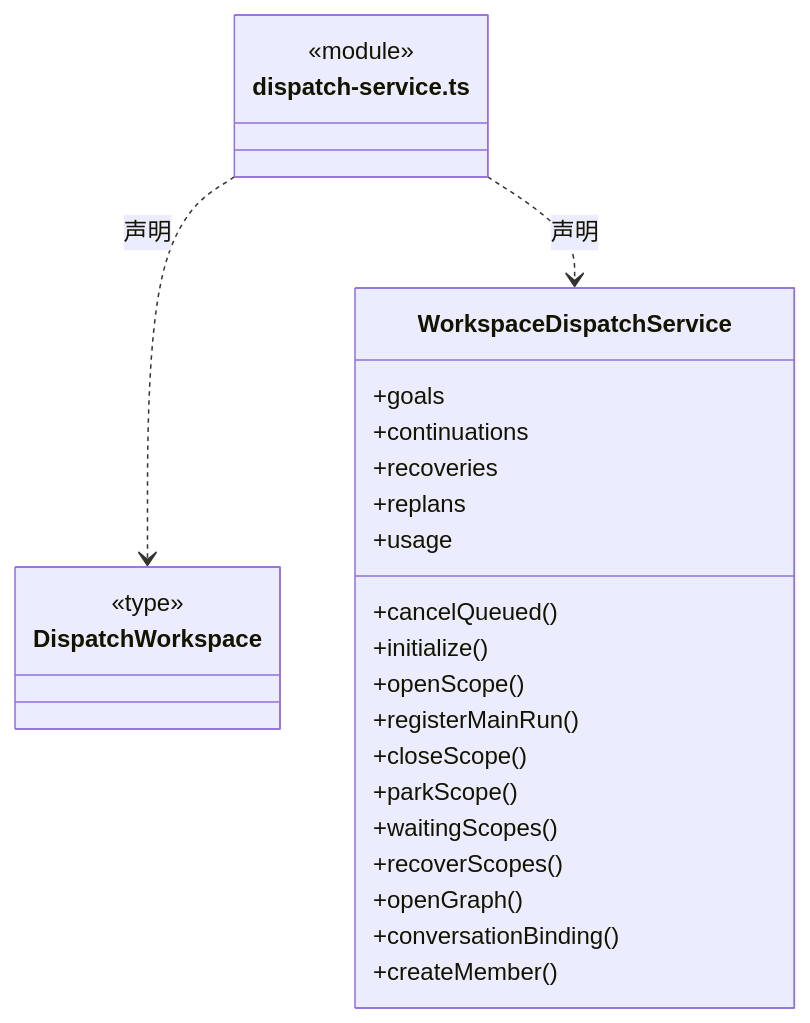
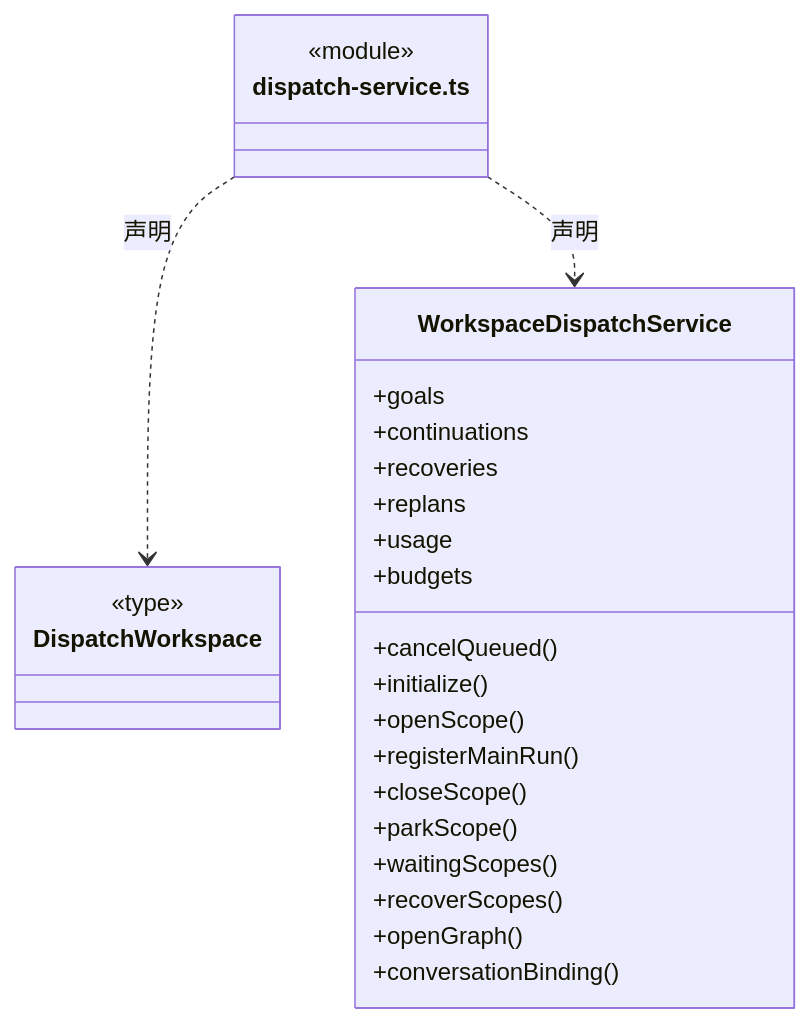
The sixth of 48 diagrams in src/backend/scheduler-engine/execution/ARCHITECTURE.md (nan023062/cbim), drawn with Mermaid before and after one commit. The commit also changed other lines of this file and 64 other files, not shown here.

````diff
--- a/src/backend/scheduler-engine/execution/ARCHITECTURE.md
+++ b/src/backend/scheduler-engine/execution/ARCHITECTURE.md
@@ -197,30 +199,30 @@
 ```mermaid
 classDiagram
 class N_src_backend_scheduler_engine_execution_dispatch_service_ts["dispatch-service.ts"] {
   <<module>>
 }
 class N_src_backend_scheduler_engine_execution_dispatch_service_ts_DispatchWorkspace["DispatchWorkspace"] {
   <<type>>
 
 }
 N_src_backend_scheduler_engine_execution_dispatch_service_ts ..> N_src_backend_scheduler_engine_execution_dispatch_service_ts_DispatchWorkspace : 声明
 class N_src_backend_scheduler_engine_execution_dispatch_service_ts_WorkspaceDispatchService["WorkspaceDispatchService"] {
   +goals
   +continuations
   +recoveries
   +replans
   +usage
+  +budgets
   +cancelQueued()
   +initialize()
   +openScope()
   +registerMainRun()
   +closeScope()
   +parkScope()
   +waitingScopes()
   +recoverScopes()
   +openGraph()
   +conversationBinding()
-  +createMember()
 }
 N_src_backend_scheduler_engine_execution_dispatch_service_ts ..> N_src_backend_scheduler_engine_execution_dispatch_service_ts_WorkspaceDispatchService : 声明
 ```
````
